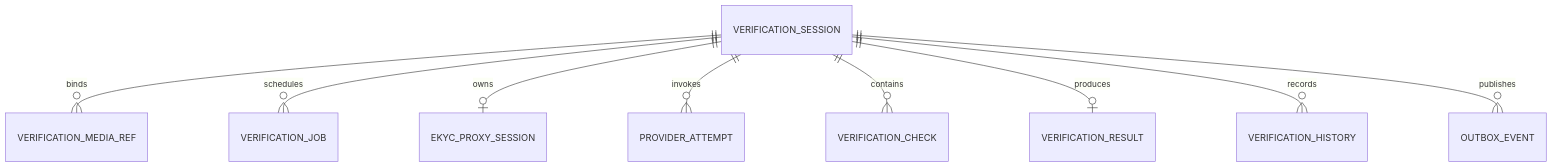
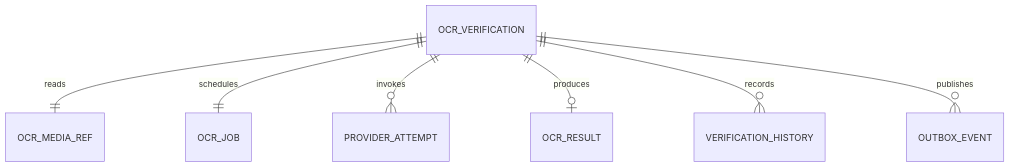
The fifth of 5 diagrams in noxh.md (huynv-xyz/vhm), drawn with Mermaid before and after one commit. The commit also changed other lines of this file, not shown here.

````diff
--- a/noxh.md
+++ b/noxh.md
@@ -631,11 +402,9 @@
 ```mermaid
 erDiagram
-    VERIFICATION_SESSION ||--o{ VERIFICATION_MEDIA_REF : binds
-    VERIFICATION_SESSION ||--o{ VERIFICATION_JOB : schedules
-    VERIFICATION_SESSION ||--o| EKYC_PROXY_SESSION : owns
-    VERIFICATION_SESSION ||--o{ PROVIDER_ATTEMPT : invokes
-    VERIFICATION_SESSION ||--o{ VERIFICATION_CHECK : contains
-    VERIFICATION_SESSION ||--o| VERIFICATION_RESULT : produces
-    VERIFICATION_SESSION ||--o{ VERIFICATION_HISTORY : records
-    VERIFICATION_SESSION ||--o{ OUTBOX_EVENT : publishes
+    OCR_VERIFICATION ||--|| OCR_MEDIA_REF : reads
+    OCR_VERIFICATION ||--|| OCR_JOB : schedules
+    OCR_VERIFICATION ||--o{ PROVIDER_ATTEMPT : invokes
+    OCR_VERIFICATION ||--o| OCR_RESULT : produces
+    OCR_VERIFICATION ||--o{ VERIFICATION_HISTORY : records
+    OCR_VERIFICATION ||--o{ OUTBOX_EVENT : publishes
 ```
````
